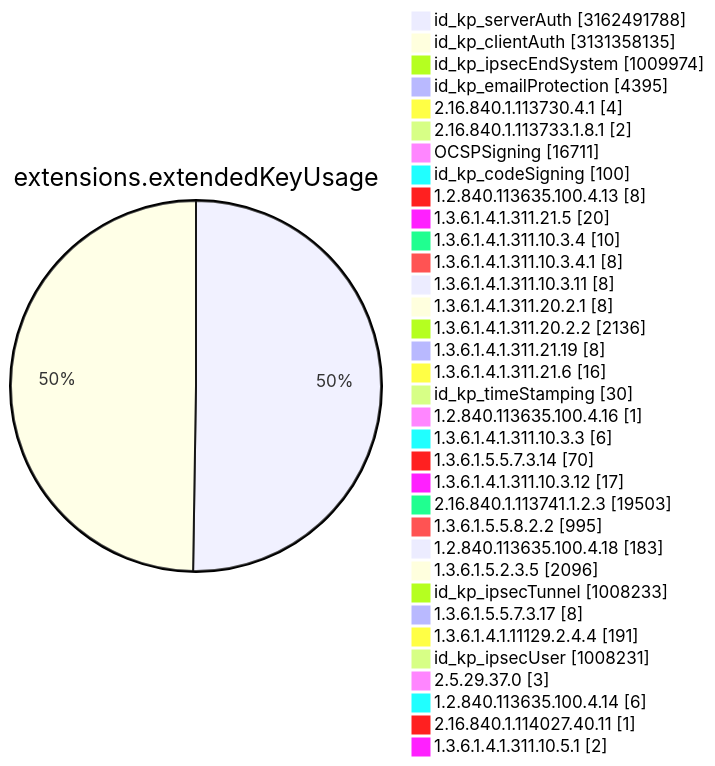
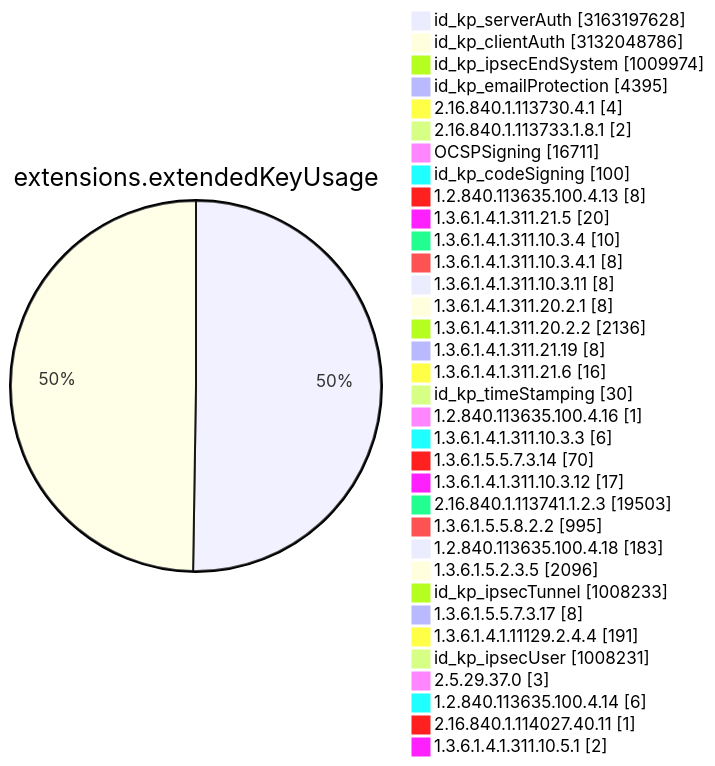
Before and after one commit to christiankrug/ctmonitor_visualization: diagram 11 of 15 in TOTAL/README.md, drawn with Mermaid. The commit also changed other lines of this file, not shown here.

````diff
--- a/TOTAL/README.md
+++ b/TOTAL/README.md
@@ -4119,38 +4119,38 @@
 ```mermaid
 pie showData
 title extensions.extendedKeyUsage
-"id_kp_serverAuth" :3162491788
-"id_kp_clientAuth" :3131358135
+"id_kp_serverAuth" :3163197628
+"id_kp_clientAuth" :3132048786
 "id_kp_ipsecEndSystem" :1009974
 "id_kp_emailProtection" :4395
 "2.16.840.1.113730.4.1" :4
 "2.16.840.1.113733.1.8.1" :2
 "OCSPSigning" :16711
 "id_kp_codeSigning" :100
 "1.2.840.113635.100.4.13" :8
 "1.3.6.1.4.1.311.21.5" :20
 "1.3.6.1.4.1.311.10.3.4" :10
 "1.3.6.1.4.1.311.10.3.4.1" :8
 "1.3.6.1.4.1.311.10.3.11" :8
 "1.3.6.1.4.1.311.20.2.1" :8
 "1.3.6.1.4.1.311.20.2.2" :2136
 "1.3.6.1.4.1.311.21.19" :8
 "1.3.6.1.4.1.311.21.6" :16
 "id_kp_timeStamping" :30
 "1.2.840.113635.100.4.16" :1
 "1.3.6.1.4.1.311.10.3.3" :6
 "1.3.6.1.5.5.7.3.14" :70
 "1.3.6.1.4.1.311.10.3.12" :17
 "2.16.840.1.113741.1.2.3" :19503
 "1.3.6.1.5.5.8.2.2" :995
 "1.2.840.113635.100.4.18" :183
 "1.3.6.1.5.2.3.5" :2096
 "id_kp_ipsecTunnel" :1008233
 "1.3.6.1.5.5.7.3.17" :8
 "1.3.6.1.4.1.11129.2.4.4" :191
 "id_kp_ipsecUser" :1008231
 "2.5.29.37.0" :3
 "1.2.840.113635.100.4.14" :6
 "2.16.840.1.114027.40.11" :1
 "1.3.6.1.4.1.311.10.5.1" :2
 ```
````
